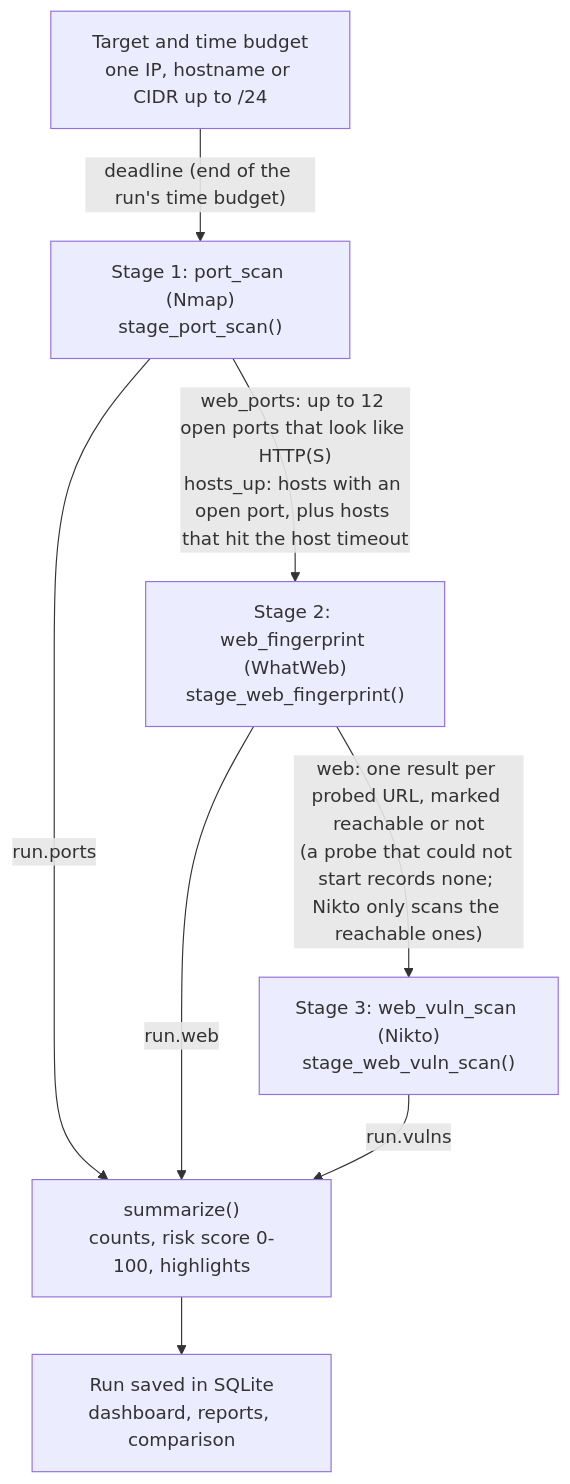
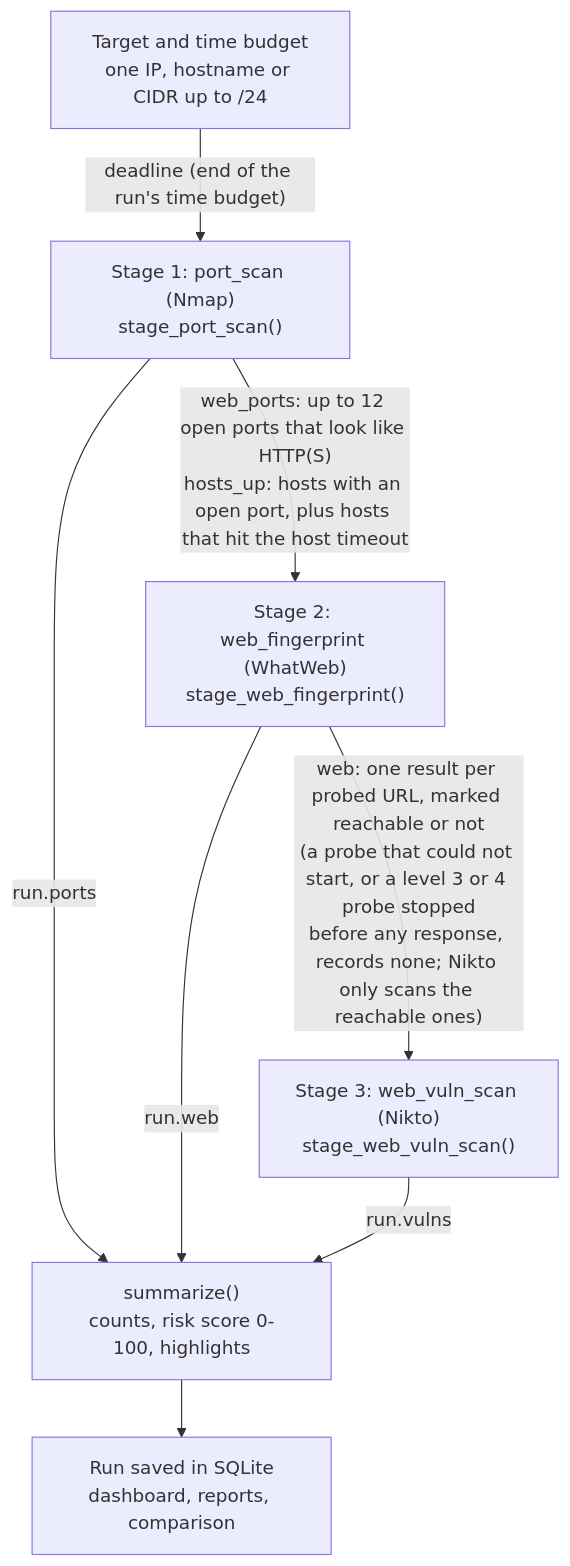
The second of 2 diagrams in docs/ARCHITECTURE.md (mubarakalhajriqatar-dotcom/hybridsec), drawn with Mermaid before and after one commit. The commit also changed other lines of this file and 7 other files, not shown here.

````diff
--- a/docs/ARCHITECTURE.md
+++ b/docs/ARCHITECTURE.md
@@ -91,17 +91,17 @@
 ```mermaid
 flowchart TD
     T["Target and time budget<br/>one IP, hostname or CIDR up to /24"]
     N["Stage 1: port_scan (Nmap)<br/>stage_port_scan()"]
     W["Stage 2: web_fingerprint (WhatWeb)<br/>stage_web_fingerprint()"]
     K["Stage 3: web_vuln_scan (Nikto)<br/>stage_web_vuln_scan()"]
     SUM["summarize()<br/>counts, risk score 0-100, highlights"]
     OUT["Run saved in SQLite<br/>dashboard, reports, comparison"]
 
     T -->|"deadline (end of the run's time budget)"| N
     N -->|"web_ports: up to 12 open ports that look like HTTP(S)<br/>hosts_up: hosts with an open port, plus hosts that hit the host timeout"| W
-    W -->|"web: one result per probed URL, marked reachable or not<br/>(a probe that could not start records none; Nikto only scans the reachable ones)"| K
+    W -->|"web: one result per probed URL, marked reachable or not<br/>(a probe that could not start, or a level 3 or 4 probe stopped<br/>before any response, records none; Nikto only scans the reachable ones)"| K
     N -->|"run.ports"| SUM
     W -->|"run.web"| SUM
     K -->|"run.vulns"| SUM
     SUM --> OUT
 ```
````
